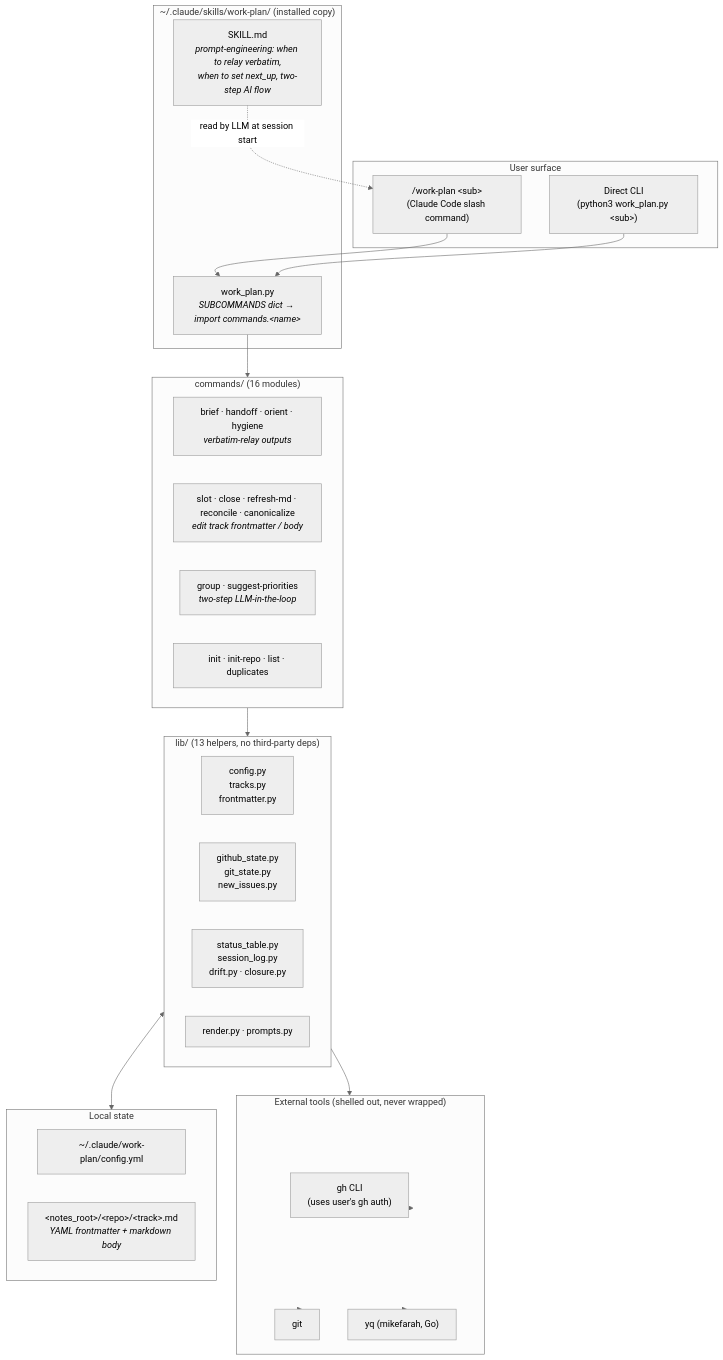
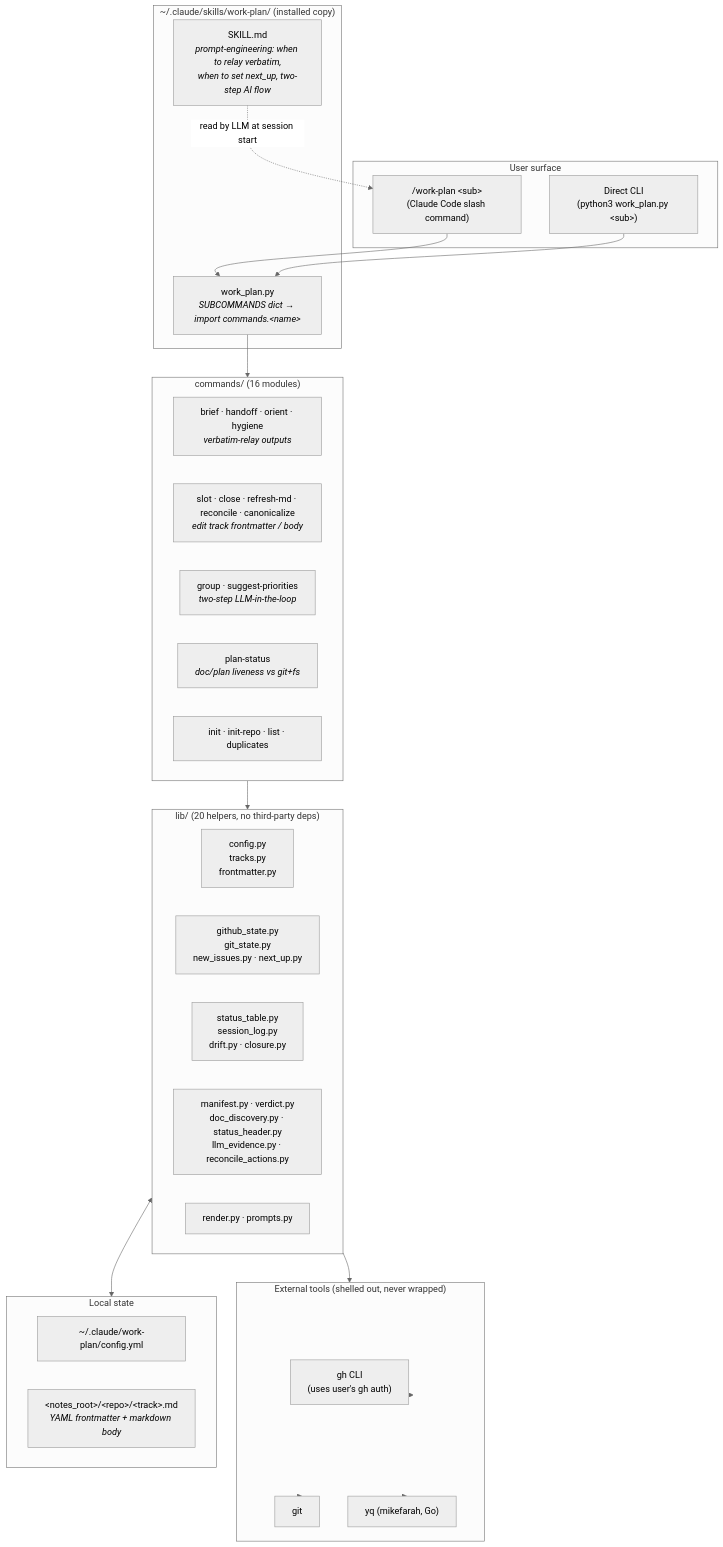
Before and after one commit to stylusnexus/work-plan-toolkit: the first of 2 diagrams in docs/architecture/overview.md, drawn with Mermaid (neutral theme). The commit also changed other lines of this file and 7 other files, not shown here.

First line of the commit message:
docs: refresh architecture + CONTRIBUTING + notes + shims for plugin era

````diff
--- a/docs/architecture/overview.md
+++ b/docs/architecture/overview.md
@@ -24,48 +33,50 @@
 ```mermaid
 flowchart TB
     subgraph user["User surface"]
         slash["/work-plan &lt;sub&gt;<br/>(Claude Code slash command)"]
         terminal["Direct CLI<br/>(python3 work_plan.py &lt;sub&gt;)"]
     end
 
     subgraph skill["~/.claude/skills/work-plan/ (installed copy)"]
         skillmd["SKILL.md<br/><i>prompt-engineering: when to relay verbatim,<br/>when to set next_up, two-step AI flow</i>"]
         dispatcher["work_plan.py<br/><i>SUBCOMMANDS dict → import commands.&lt;name&gt;</i>"]
     end
 
     subgraph commands["commands/ (16 modules)"]
         bhoh["brief · handoff · orient · hygiene<br/><i>verbatim-relay outputs</i>"]
         edit["slot · close · refresh-md · reconcile · canonicalize<br/><i>edit track frontmatter / body</i>"]
         ai["group · suggest-priorities<br/><i>two-step LLM-in-the-loop</i>"]
+        ps["plan-status<br/><i>doc/plan liveness vs git+fs</i>"]
         admin["init · init-repo · list · duplicates"]
     end
 
-    subgraph lib["lib/ (13 helpers, no third-party deps)"]
+    subgraph lib["lib/ (20 helpers, no third-party deps)"]
         config["config.py<br/>tracks.py<br/>frontmatter.py"]
-        derive["github_state.py<br/>git_state.py<br/>new_issues.py"]
+        derive["github_state.py<br/>git_state.py<br/>new_issues.py · next_up.py"]
         body["status_table.py<br/>session_log.py<br/>drift.py · closure.py"]
+        plan["manifest.py · verdict.py<br/>doc_discovery.py · status_header.py<br/>llm_evidence.py · reconcile_actions.py"]
         present["render.py · prompts.py"]
     end
 
     subgraph external["External tools (shelled out, never wrapped)"]
         gh["gh CLI<br/>(uses user's gh auth)"]
         git["git"]
         yq["yq (mikefarah, Go)"]
     end
 
     subgraph state["Local state"]
         cfg["~/.claude/work-plan/config.yml"]
         notes["&lt;notes_root&gt;/&lt;repo&gt;/&lt;track&gt;.md<br/><i>YAML frontmatter + markdown body</i>"]
     end
 
     slash --> dispatcher
     terminal --> dispatcher
     skillmd -.->|"read by LLM at session start"| slash
     dispatcher --> commands
     commands --> lib
     lib --> external
     external --> gh
     external --> git
     external --> yq
     lib <--> state
 ```
````
